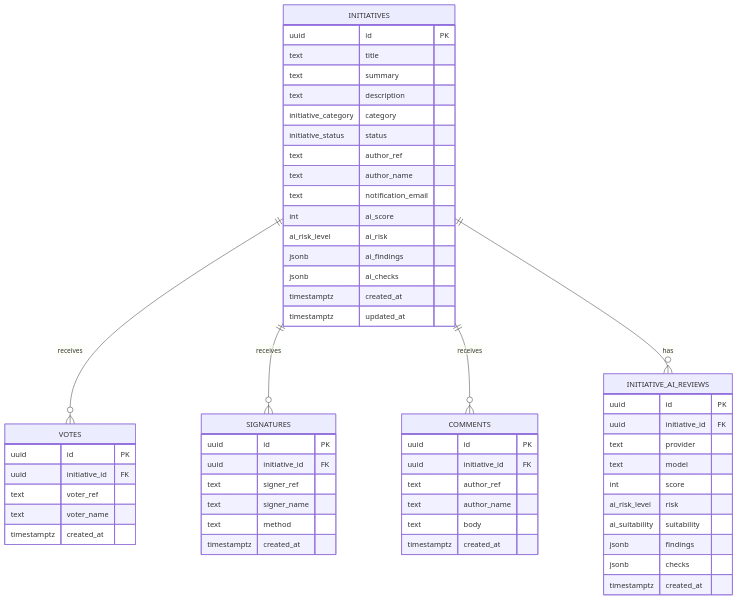
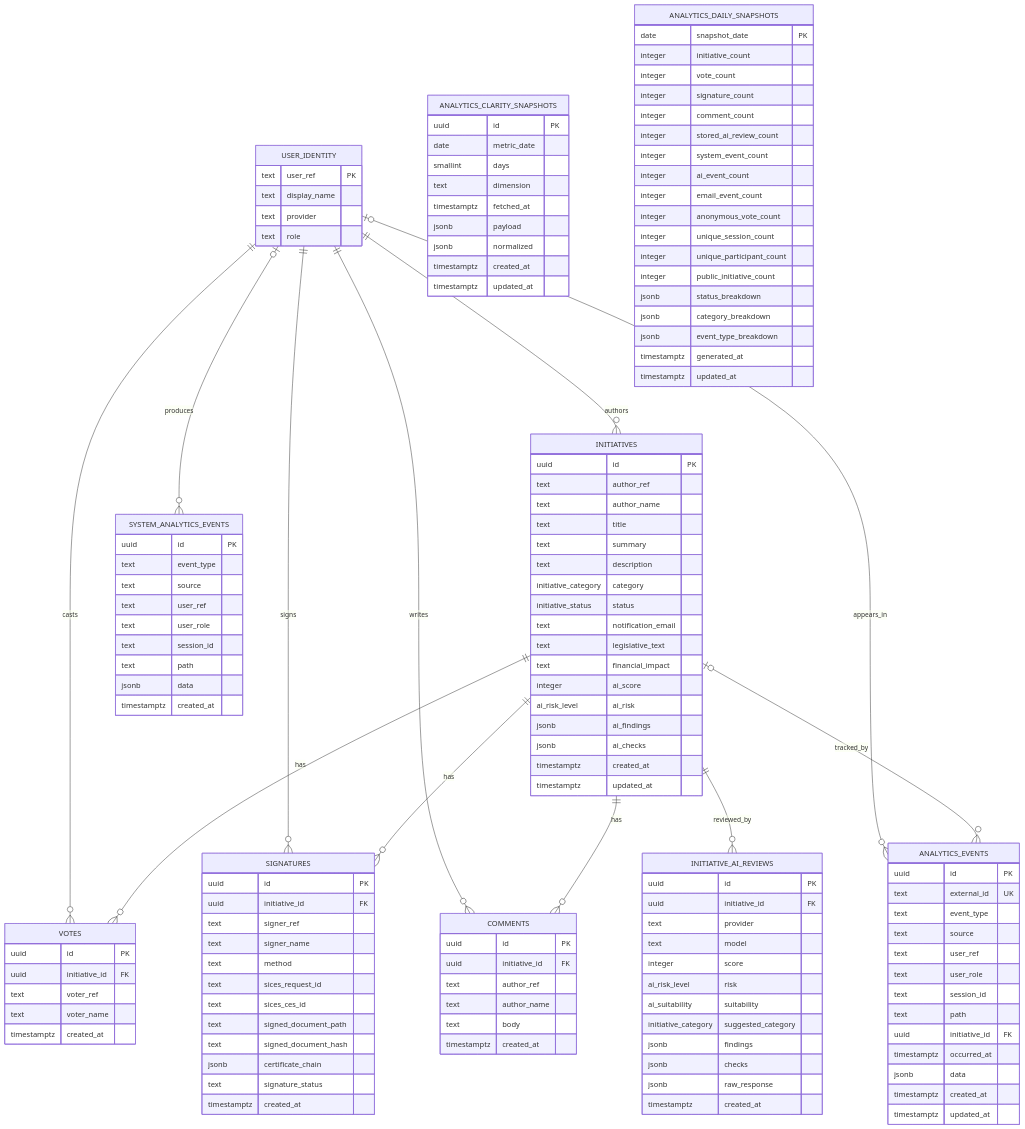
One commit to grisini/Demos changed the fourth of 12 diagrams in README.md. Above: the diagram before and after it, drawn with Mermaid. The commit also changed other lines of this file and 5 other files, not shown here.

````diff
--- a/README.md
+++ b/README.md
@@ -169,21 +188,38 @@
 ```mermaid
 erDiagram
-  INITIATIVES ||--o{ VOTES : receives
-  INITIATIVES ||--o{ SIGNATURES : receives
-  INITIATIVES ||--o{ COMMENTS : receives
-  INITIATIVES ||--o{ INITIATIVE_AI_REVIEWS : has
+  %% USER_IDENTITY je konceptualni identifikator uporabnika, ne fizicna Supabase tabela.
+  USER_IDENTITY ||--o{ INITIATIVES : authors
+  USER_IDENTITY ||--o{ VOTES : casts
+  USER_IDENTITY ||--o{ SIGNATURES : signs
+  USER_IDENTITY ||--o{ COMMENTS : writes
+  USER_IDENTITY o|--o{ SYSTEM_ANALYTICS_EVENTS : produces
+  USER_IDENTITY o|--o{ ANALYTICS_EVENTS : appears_in
+  INITIATIVES ||--o{ VOTES : has
+  INITIATIVES ||--o{ SIGNATURES : has
+  INITIATIVES ||--o{ COMMENTS : has
+  INITIATIVES ||--o{ INITIATIVE_AI_REVIEWS : reviewed_by
+  INITIATIVES o|--o{ ANALYTICS_EVENTS : tracked_by
+
+  USER_IDENTITY {
+    text user_ref PK
+    text display_name
+    text provider
+    text role
+  }
 
   INITIATIVES {
     uuid id PK
+    text author_ref
+    text author_name
     text title
     text summary
     text description
     initiative_category category
     initiative_status status
-    text author_ref
-    text author_name
     text notification_email
-    int ai_score
+    text legislative_text
+    text financial_impact
+    integer ai_score
     ai_risk_level ai_risk
     jsonb ai_findings
     jsonb ai_checks
@@ -205,6 +241,12 @@
     text signer_ref
     text signer_name
     text method
+    text sices_request_id
+    text sices_ces_id
+    text signed_document_path
+    text signed_document_hash
+    jsonb certificate_chain
+    text signature_status
     timestamptz created_at
   }
 
@@ -222,11 +264,74 @@
     uuid initiative_id FK
     text provider
     text model
-    int score
+    integer score
     ai_risk_level risk
     ai_suitability suitability
+    initiative_category suggested_category
     jsonb findings
     jsonb checks
+    jsonb raw_response
     timestamptz created_at
   }
+
+  SYSTEM_ANALYTICS_EVENTS {
+    uuid id PK
+    text event_type
+    text source
+    text user_ref
+    text user_role
+    text session_id
+    text path
+    jsonb data
+    timestamptz created_at
+  }
+
+  ANALYTICS_EVENTS {
+    uuid id PK
+    text external_id UK
+    text event_type
+    text source
+    text user_ref
+    text user_role
+    text session_id
+    text path
+    uuid initiative_id FK
+    timestamptz occurred_at
+    jsonb data
+    timestamptz created_at
+    timestamptz updated_at
+  }
+
+  ANALYTICS_CLARITY_SNAPSHOTS {
+    uuid id PK
+    date metric_date
+    smallint days
+    text dimension
+    timestamptz fetched_at
+    jsonb payload
+    jsonb normalized
+    timestamptz created_at
+    timestamptz updated_at
+  }
+
+  ANALYTICS_DAILY_SNAPSHOTS {
+    date snapshot_date PK
+    integer initiative_count
+    integer vote_count
+    integer signature_count
+    integer comment_count
+    integer stored_ai_review_count
+    integer system_event_count
+    integer ai_event_count
+    integer email_event_count
+    integer anonymous_vote_count
+    integer unique_session_count
+    integer unique_participant_count
+    integer public_initiative_count
+    jsonb status_breakdown
+    jsonb category_breakdown
+    jsonb event_type_breakdown
+    timestamptz generated_at
+    timestamptz updated_at
+  }
 ```
````
